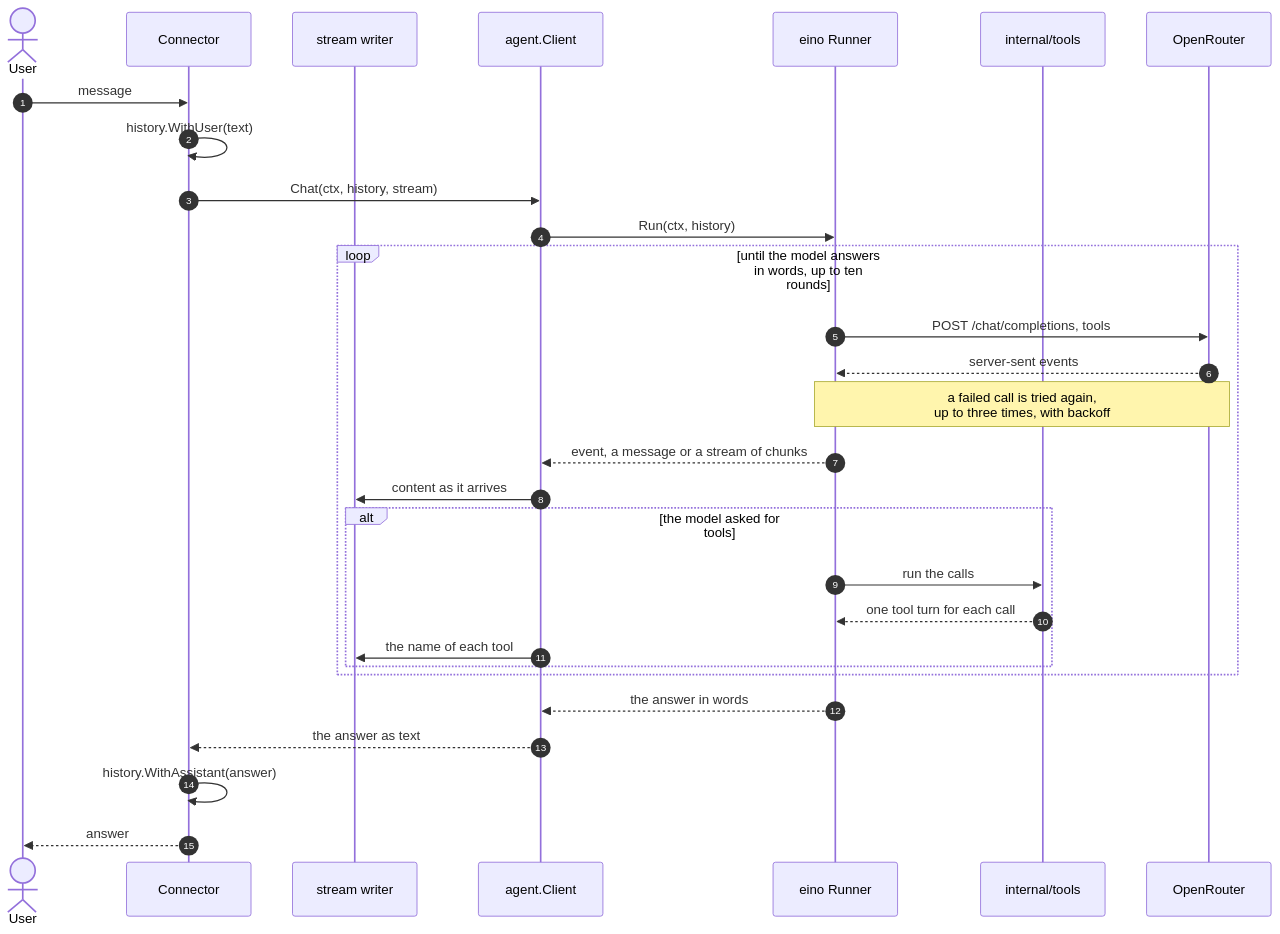
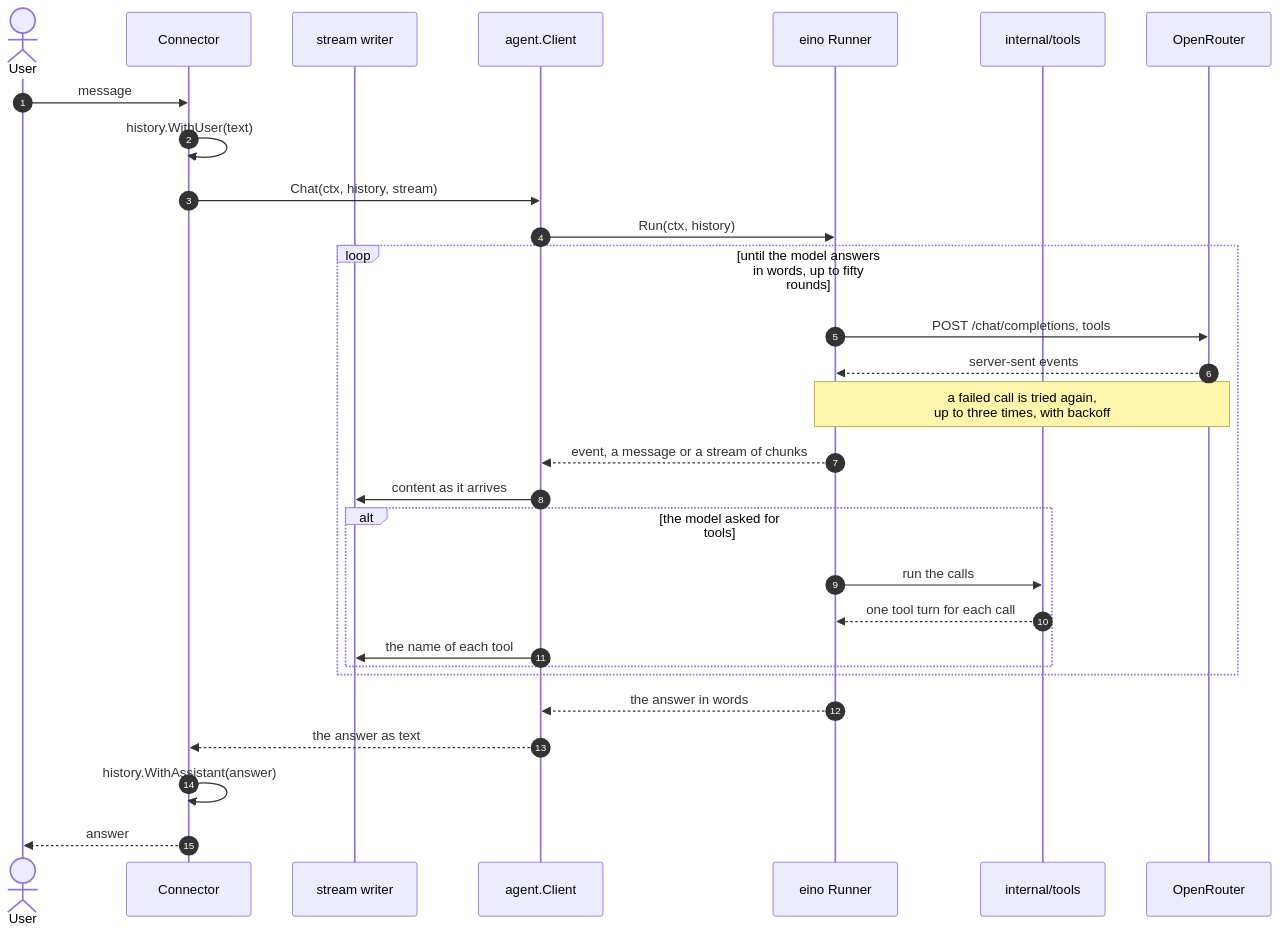
One commit to skryvets/my-agent changed the second of 2 diagrams in README.md. Above: the diagram before and after it, drawn with Mermaid. The commit also changed other lines of this file and 3 other files, not shown here.

First line of the commit message:
Give a task fifty rounds of tool calls

````diff
--- a/README.md
+++ b/README.md
@@ -351,34 +351,34 @@
 ```mermaid
 sequenceDiagram
     autonumber
     actor user as User
     participant conn as Connector
     participant out as stream writer
     participant agent as agent.Client
     participant eino as eino Runner
     participant kit as internal/tools
     participant api as OpenRouter
 
     user->>conn: message
     conn->>conn: history.WithUser(text)
     conn->>agent: Chat(ctx, history, stream)
     agent->>eino: Run(ctx, history)
 
-    loop until the model answers in words, up to ten rounds
+    loop until the model answers in words, up to fifty rounds
         eino->>api: POST /chat/completions, tools
         api-->>eino: server-sent events
         note over eino,api: a failed call is tried again,<br/>up to three times, with backoff
         eino-->>agent: event, a message or a stream of chunks
         agent->>out: content as it arrives
         alt the model asked for tools
             eino->>kit: run the calls
             kit-->>eino: one tool turn for each call
             agent->>out: the name of each tool
         end
     end
 
     eino-->>agent: the answer in words
     agent-->>conn: the answer as text
     conn->>conn: history.WithAssistant(answer)
     conn-->>user: answer
 ```
````
